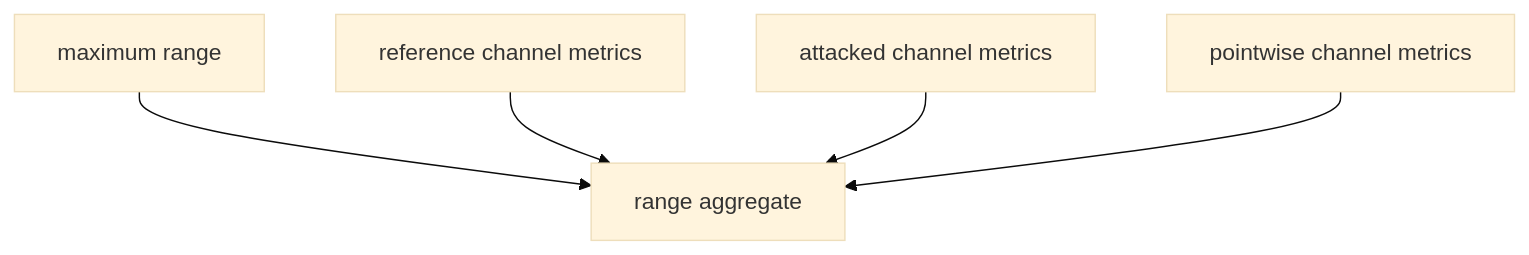
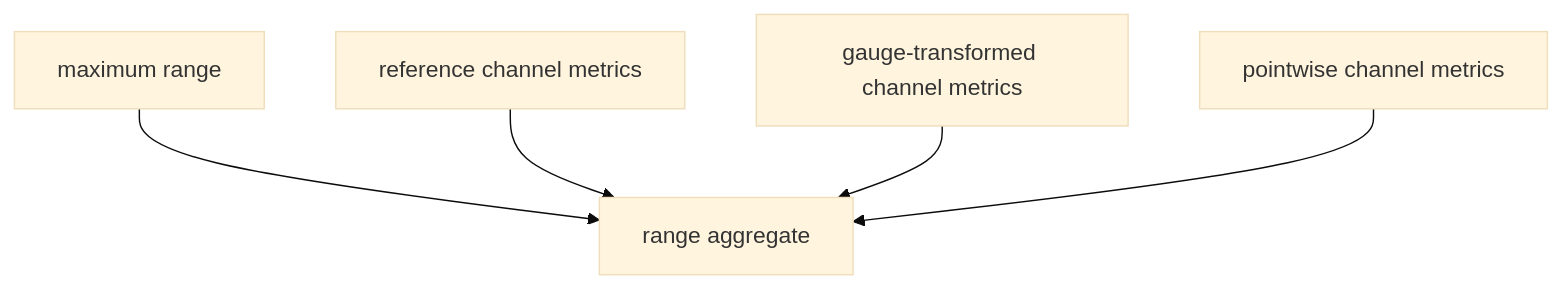
The diagram in docs/architecture/v3/ksdft2effmass/periodic1d/rank2/band_alignment/composite/result/Periodic1DCompositeBandAlignmentRangeResult/schematics.md (eragasa/ksdft2effmass), drawn with Mermaid (base theme) before and after one commit. The commit also changed 83 other files, not shown here.

````diff
--- a/docs/architecture/v3/ksdft2effmass/periodic1d/rank2/band_alignment/composite/result/Periodic1DCompositeBandAlignmentRangeResult/schematics.md
+++ b/docs/architecture/v3/ksdft2effmass/periodic1d/rank2/band_alignment/composite/result/Periodic1DCompositeBandAlignmentRangeResult/schematics.md
@@ -3,7 +3,7 @@
 ```mermaid
 flowchart TD
     R[maximum range] --> A[range aggregate]
     E[reference channel metrics] --> A
-    T[attacked channel metrics] --> A
+    T[gauge-transformed channel metrics] --> A
     P[pointwise channel metrics] --> A
 ```
````
